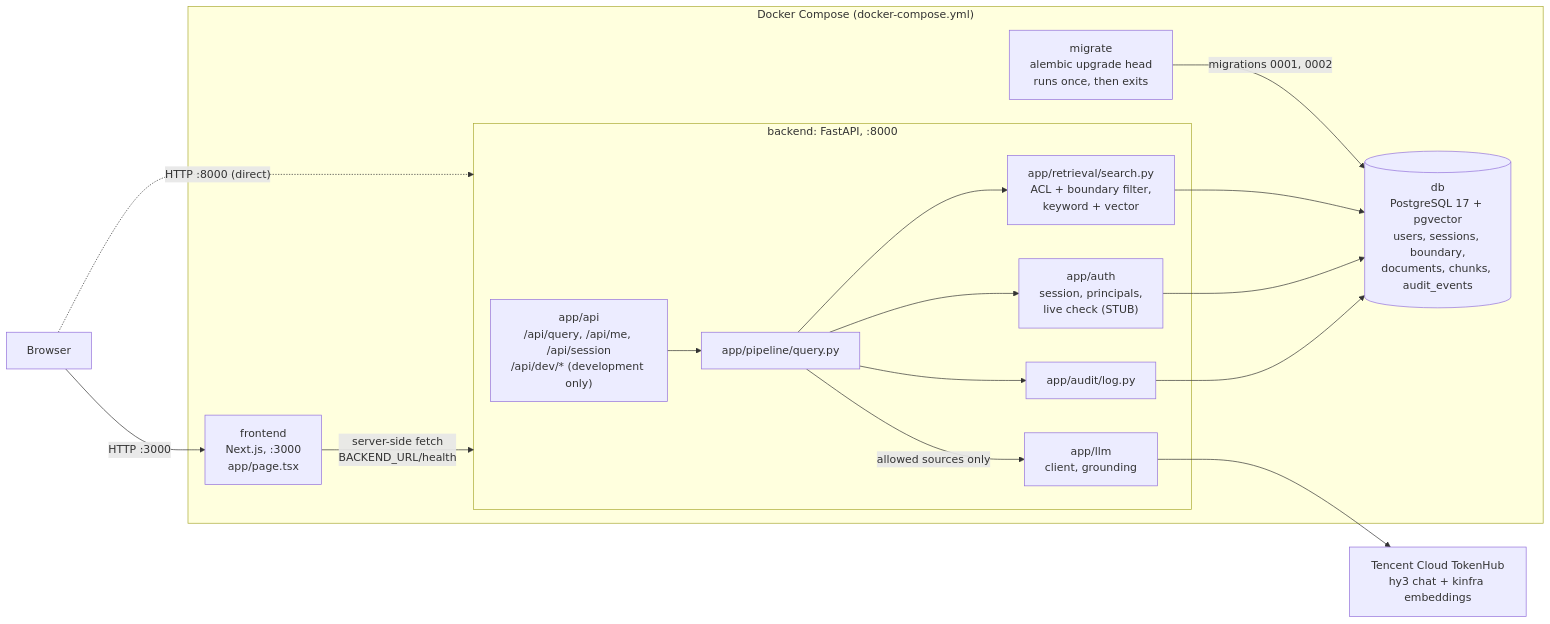
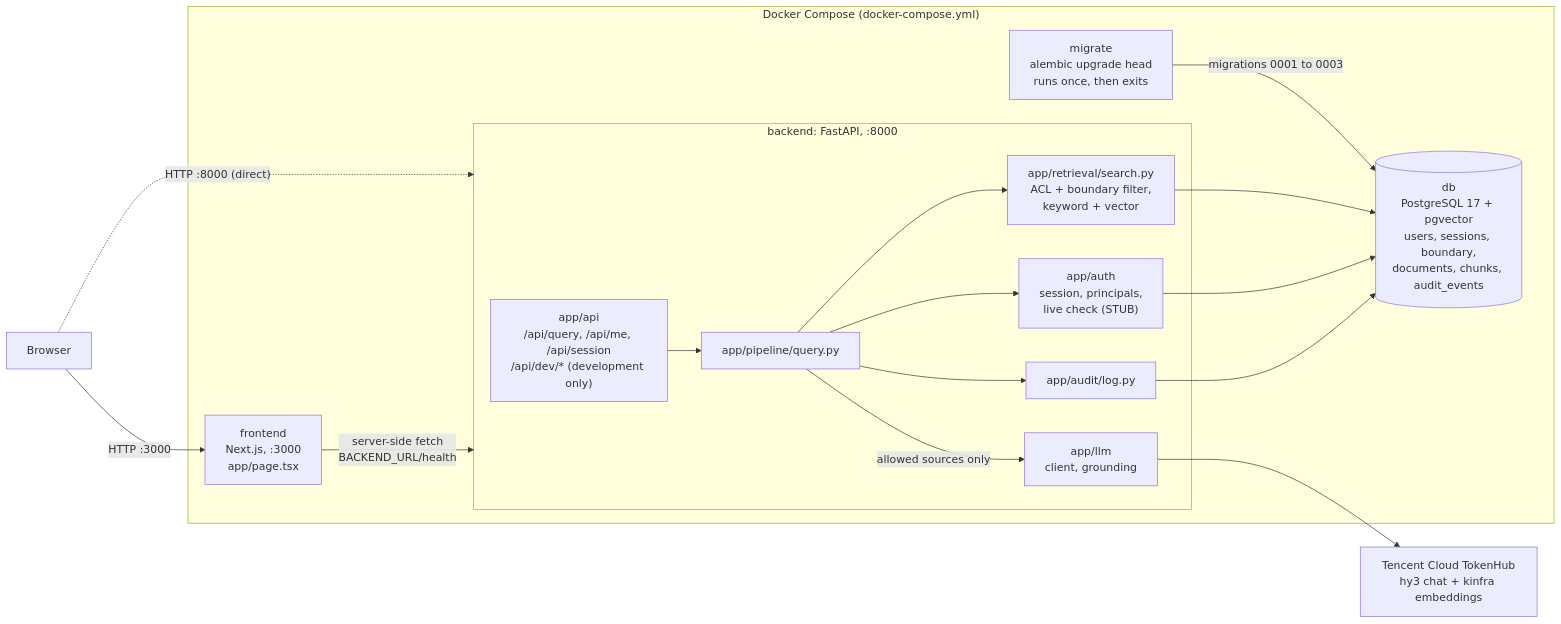
Before and after one commit to gabriel-wan/tencent-hackathon-fintech: the diagram in docs/architecture/CURRENT.md, drawn with Mermaid. The commit also changed 4 other files, not shown here.

````diff
--- a/docs/architecture/CURRENT.md
+++ b/docs/architecture/CURRENT.md
@@ -8,33 +8,33 @@
 ```mermaid
 flowchart LR
     USER["Browser"]
     TH["Tencent Cloud TokenHub<br/>hy3 chat + kinfra embeddings"]
 
     subgraph COMPOSE["Docker Compose (docker-compose.yml)"]
         FE["frontend<br/>Next.js, :3000<br/>app/page.tsx"]
         subgraph BE["backend: FastAPI, :8000"]
             API["app/api<br/>/api/query, /api/me, /api/session<br/>/api/dev/* (development only)"]
             PIPE["app/pipeline/query.py"]
             AUTH["app/auth<br/>session, principals,<br/>live check (STUB)"]
             SEARCH["app/retrieval/search.py<br/>ACL + boundary filter,<br/>keyword + vector"]
             LLMC["app/llm<br/>client, grounding"]
             AUD["app/audit/log.py"]
         end
         MIG["migrate<br/>alembic upgrade head<br/>runs once, then exits"]
         DB[("db<br/>PostgreSQL 17 + pgvector<br/>users, sessions, boundary,<br/>documents, chunks, audit_events")]
     end
 
-    MIG -->|"migrations 0001, 0002"| DB
+    MIG -->|"migrations 0001 to 0003"| DB
     USER -->|"HTTP :3000"| FE
     USER -.->|"HTTP :8000 (direct)"| BE
     FE -->|"server-side fetch<br/>BACKEND_URL/health"| BE
     API --> PIPE
     PIPE --> AUTH
     PIPE --> SEARCH
     PIPE -->|"allowed sources only"| LLMC
     PIPE --> AUD
     SEARCH --> DB
     AUTH --> DB
     AUD --> DB
     LLMC --> TH
 ```
````
